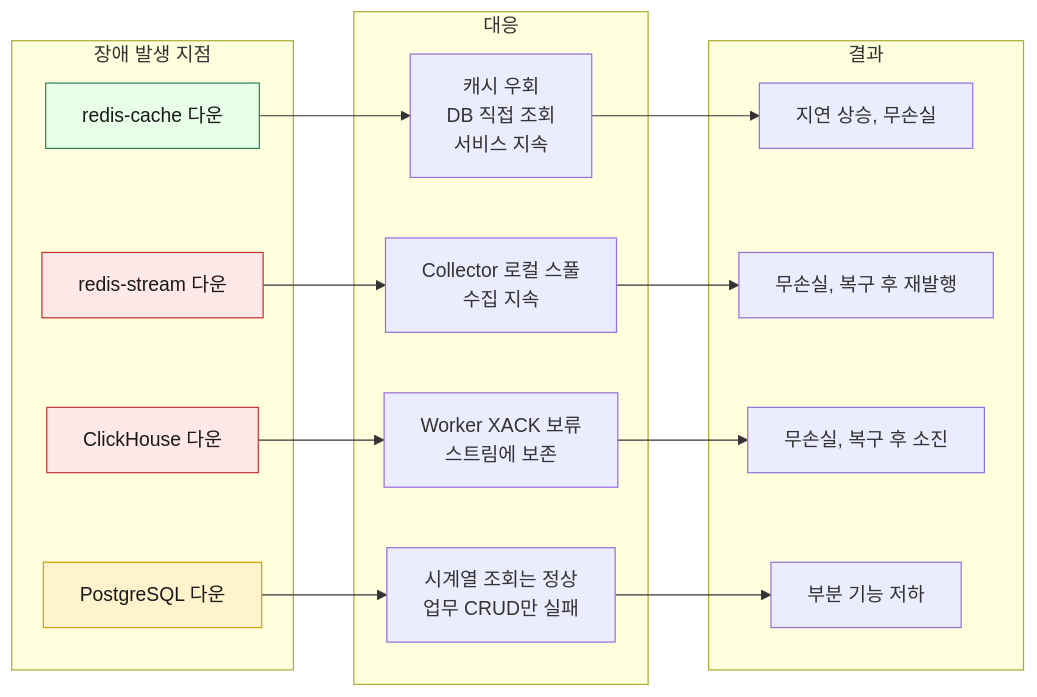
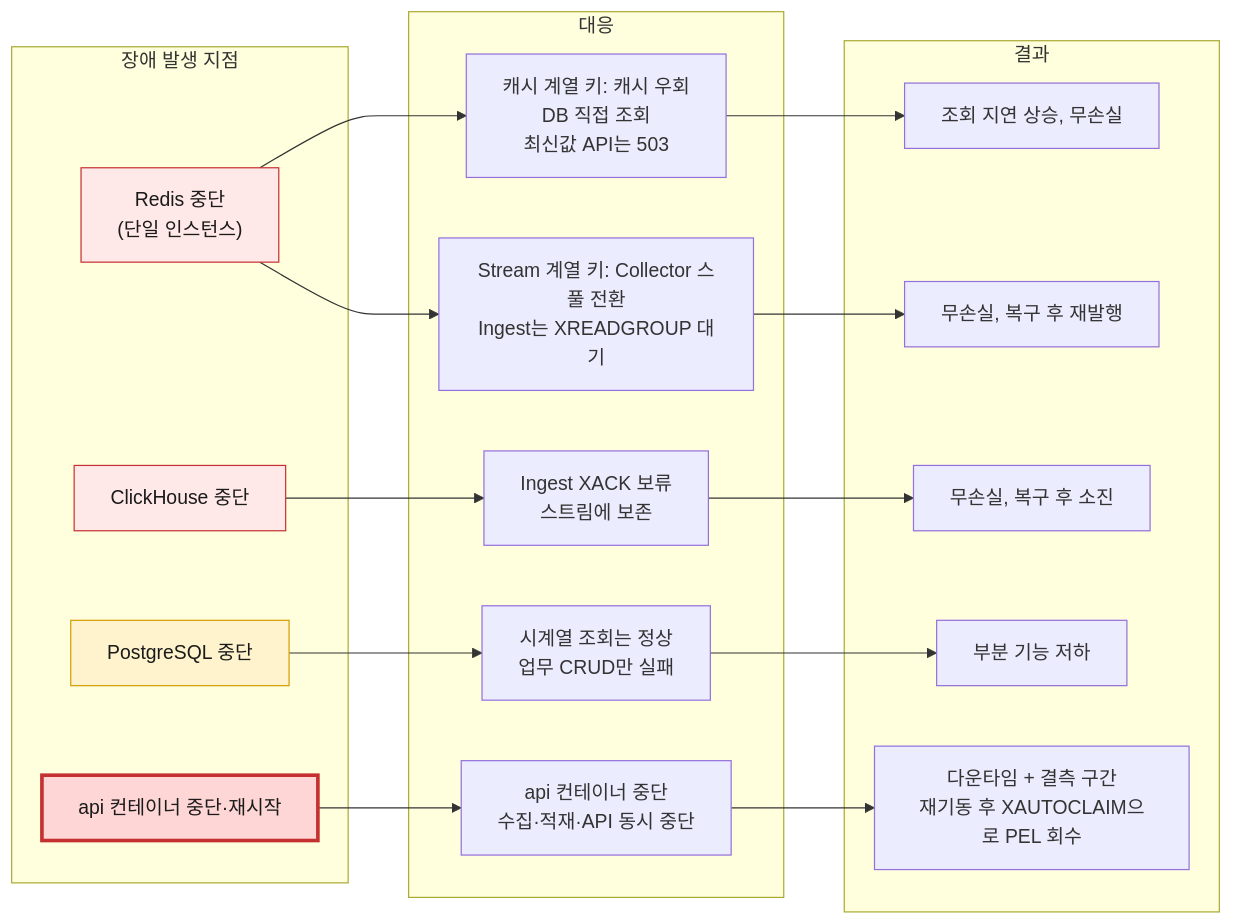
Before and after one commit to jaepil02/db_study: diagram 16 of 19 in data_flow.md, drawn with Mermaid. The commit also changed other lines of this file and 3 other files, not shown here.

````diff
--- a/data_flow.md
+++ b/data_flow.md
@@ -808,33 +852,36 @@
 ```mermaid
 flowchart LR
     subgraph FAIL["장애 발생 지점"]
-        F1["redis-cache 다운"]
-        F2["redis-stream 다운"]
-        F3["ClickHouse 다운"]
-        F4["PostgreSQL 다운"]
+        F1["Redis 중단<br/>(단일 인스턴스)"]
+        F2["ClickHouse 중단"]
+        F3["PostgreSQL 중단"]
+        F4["api 컨테이너 중단·재시작"]
     end
 
     subgraph RESP["대응"]
-        R1["캐시 우회<br/>DB 직접 조회<br/>서비스 지속"]
-        R2["Collector 로컬 스풀<br/>수집 지속"]
-        R3["Worker XACK 보류<br/>스트림에 보존"]
+        R1["캐시 계열 키: 캐시 우회<br/>DB 직접 조회<br/>최신값 API는 503"]
+        R2["Stream 계열 키: Collector 스풀 전환<br/>Ingest는 XREADGROUP 대기"]
+        R3["Ingest XACK 보류<br/>스트림에 보존"]
         R4["시계열 조회는 정상<br/>업무 CRUD만 실패"]
+        R5["api 컨테이너 중단<br/>수집·적재·API 동시 중단"]
     end
 
     subgraph RESULT["결과"]
-        O1["지연 상승, 무손실"]
+        O1["조회 지연 상승, 무손실"]
         O2["무손실, 복구 후 재발행"]
         O3["무손실, 복구 후 소진"]
         O4["부분 기능 저하"]
+        O5["다운타임 + 결측 구간<br/>재기동 후 XAUTOCLAIM으로 PEL 회수"]
     end
 
     F1 --> R1 --> O1
-    F2 --> R2 --> O2
-    F3 --> R3 --> O3
-    F4 --> R4 --> O4
+    F1 --> R2 --> O2
+    F2 --> R3 --> O3
+    F3 --> R4 --> O4
+    F4 --> R5 --> O5
 
-    style F1 fill:#e8ffe8,stroke:#2f855a,color:#1a1a1a
+    style F1 fill:#ffe8e8,stroke:#c53030,color:#1a1a1a
     style F2 fill:#ffe8e8,stroke:#c53030,color:#1a1a1a
-    style F3 fill:#ffe8e8,stroke:#c53030,color:#1a1a1a
-    style F4 fill:#fff3cd,stroke:#d39e00,color:#1a1a1a
+    style F3 fill:#fff3cd,stroke:#d39e00,color:#1a1a1a
+    style F4 fill:#ffd6d6,stroke:#c53030,stroke-width:3px,color:#1a1a1a
 ```
````
